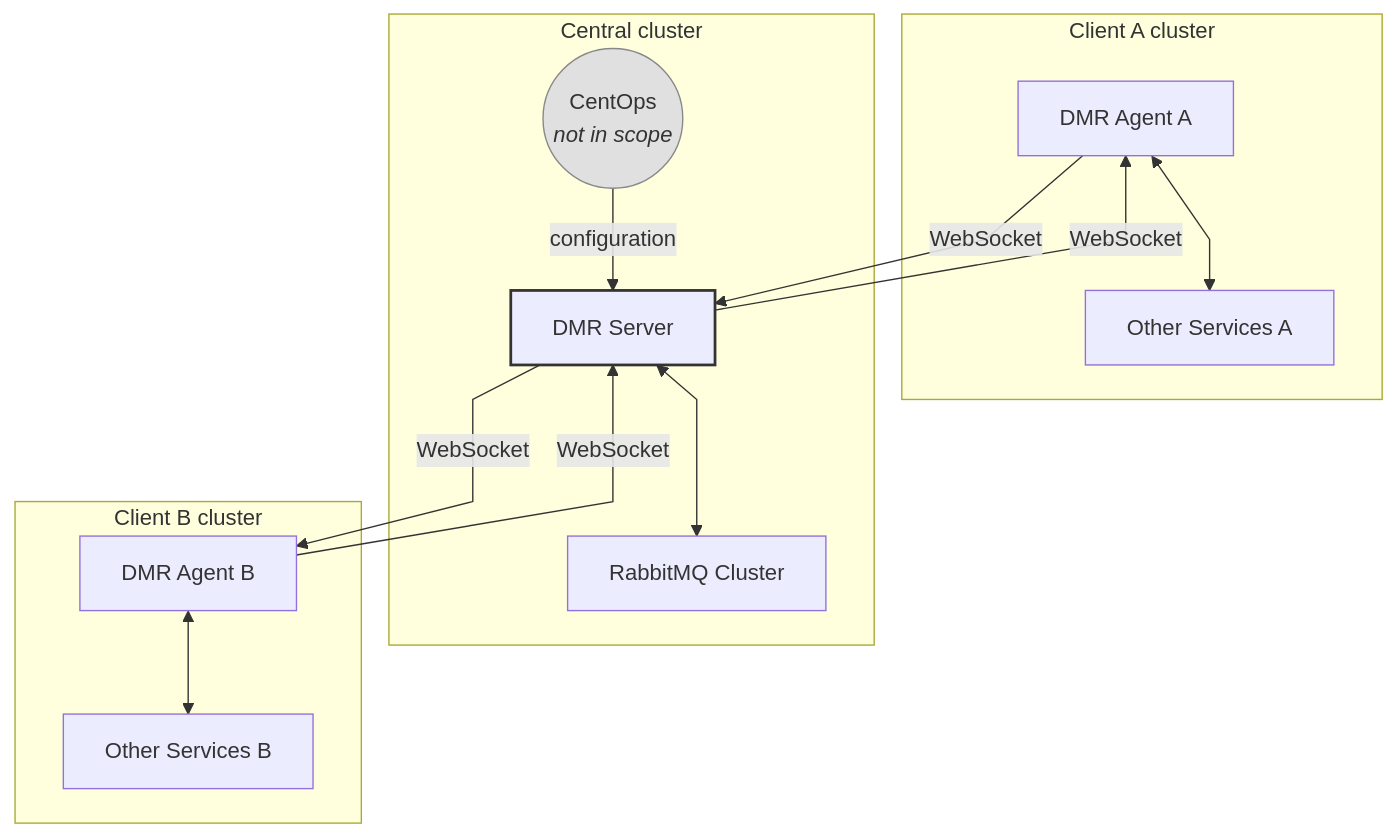
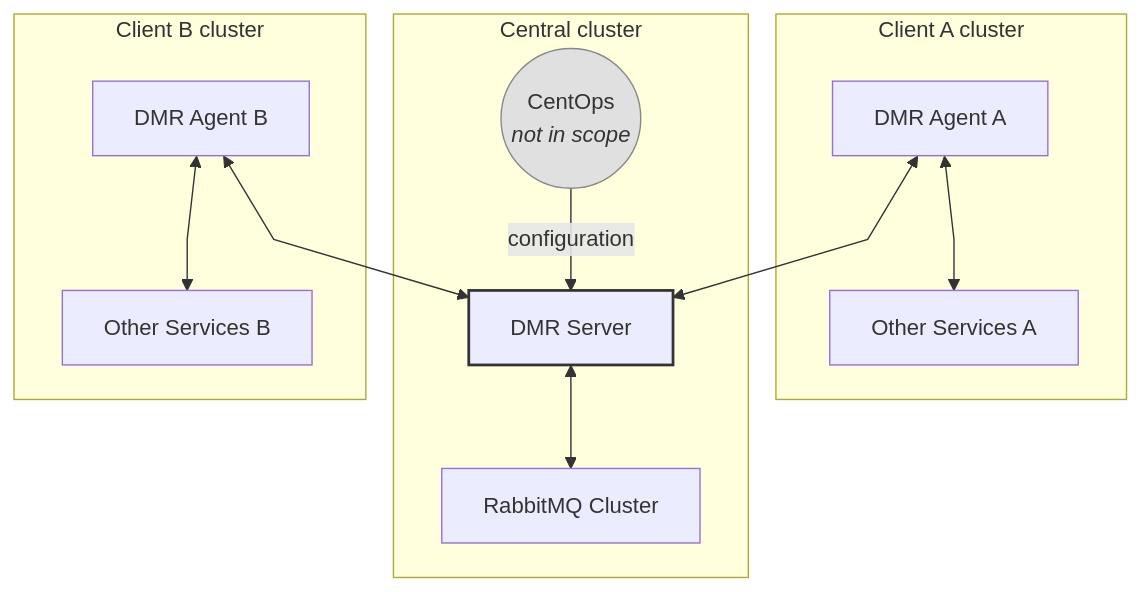
Before and after one commit to buerokratt/DMR: the diagram in README.md, drawn with Mermaid.

Commit message:
Update chart

````diff
--- a/README.md
+++ b/README.md
@@ -13,33 +13,29 @@
 ```mermaid
 %%{ init: { "theme": "default", "flowchart": { "htmlLabels": true, "curve": "linear" } } }%%
 graph TD
   subgraph Client A cluster
     A1[DMR Agent A]
     A2[Other Services A]
     A1 <--> A2
   end
 
   subgraph Central cluster
     S[DMR Server]:::bold
     MQ[RabbitMQ Cluster]
     CO((CentOps<br/><i>not in scope</i>)):::grey
   end
 
   subgraph Client B cluster
     B1[DMR Agent B]
     B2[Other Services B]
     B1 <--> B2
   end
 
-  A1 -- WebSocket --> S
-  S -- WebSocket --> A1
-
-  B1 -- WebSocket --> S
-  S -- WebSocket --> B1
-
+  A1 <--> S
+  B1 <--> S
   S <--> MQ
   CO -->|configuration| S
 
   classDef bold stroke:#333,stroke-width:2;
   classDef grey fill:#e0e0e0,stroke:#888,stroke-width:1;
 ```
````
